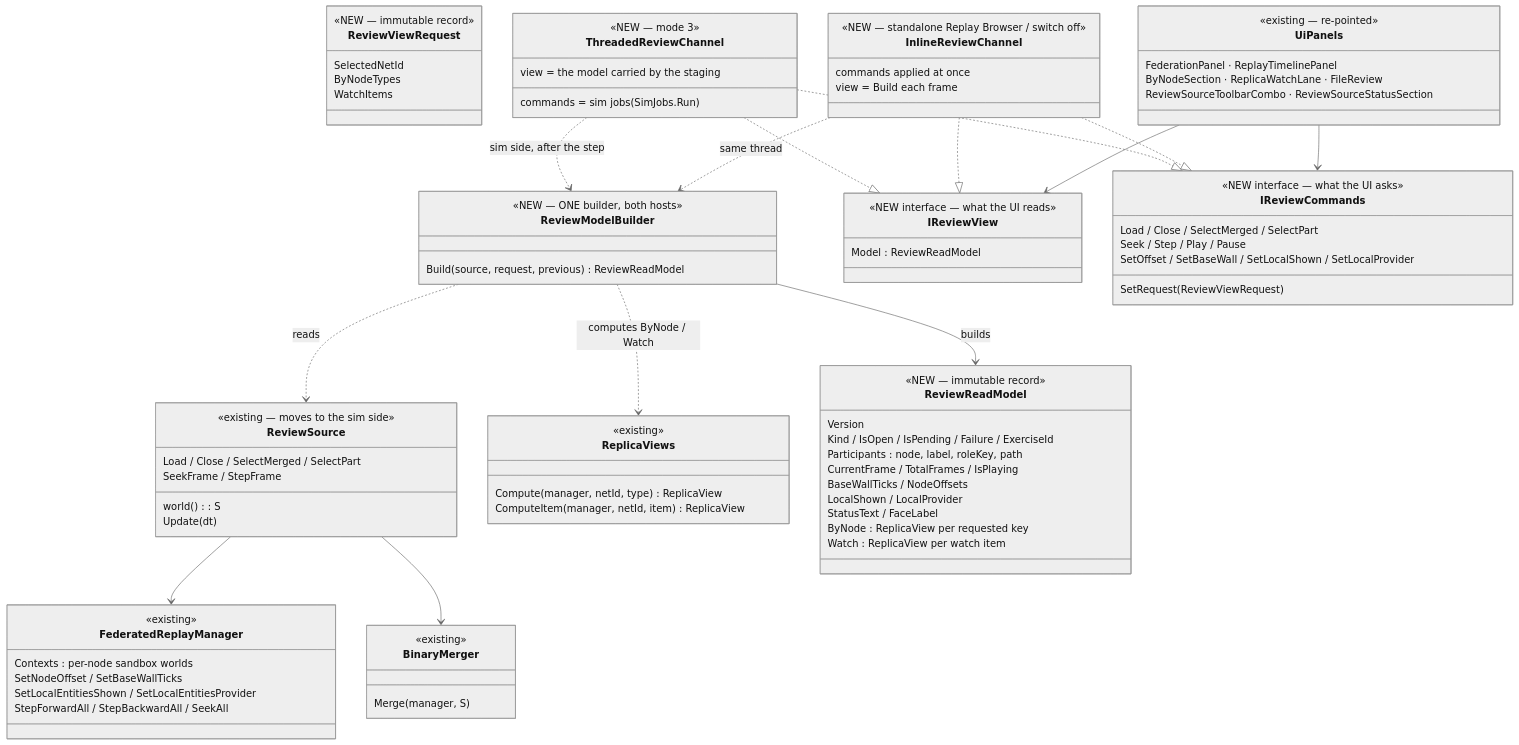
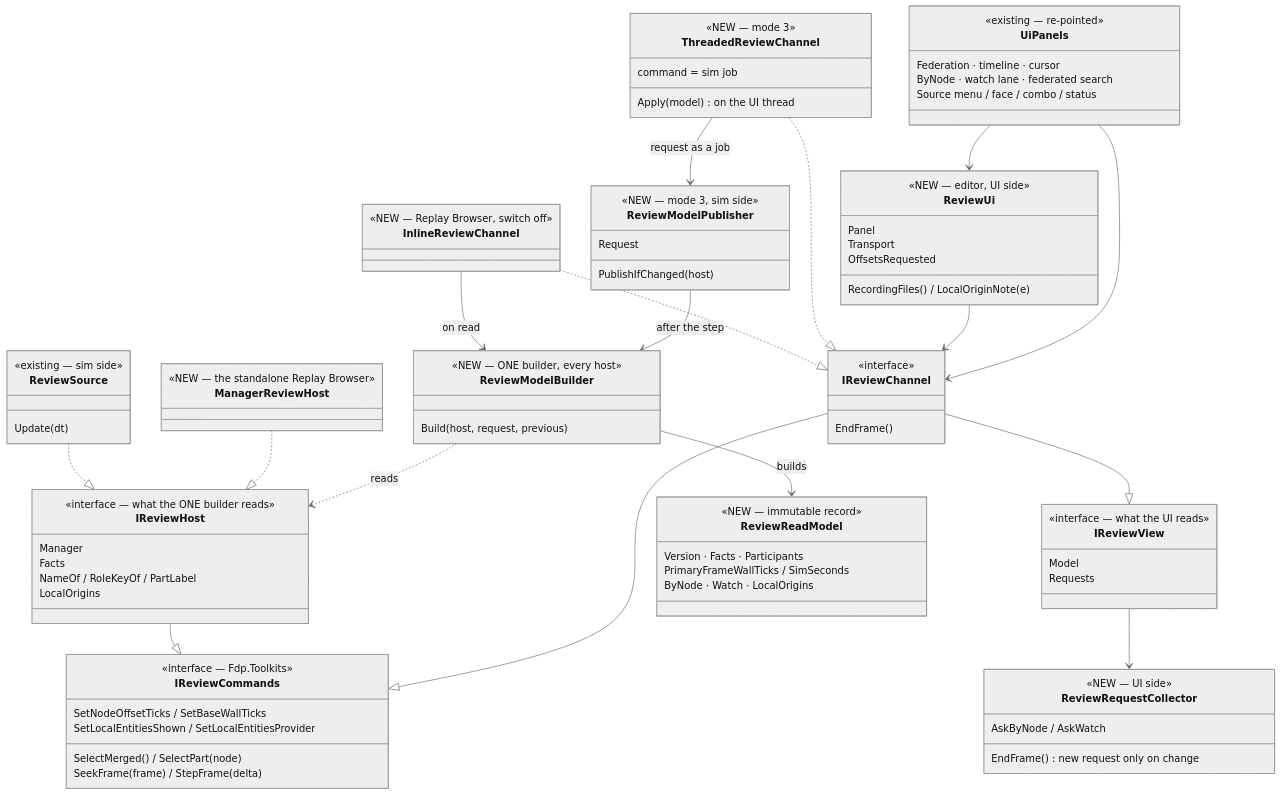
Before and after one commit to pjanec/HROT: the first of 3 diagrams in docs/DESIGN_Threaded_Review_Source.md, drawn with Mermaid (neutral theme). The commit also changed other lines of this file and 4 other files, not shown here.

First line of the commit message:
CE-4500 R-6: fold the threaded review source's as-built into its design and the neighbours

````diff
--- a/docs/DESIGN_Threaded_Review_Source.md
+++ b/docs/DESIGN_Threaded_Review_Source.md
@@ -44,88 +46,90 @@
 ```mermaid
 classDiagram
+  class IReviewCommands {
+    <<interface — Fdp.Toolkits>>
+    SelectMerged() / SelectPart(node)
+    SeekFrame(frame) / StepFrame(delta)
+    SetNodeOffsetTicks / SetBaseWallTicks
+    SetLocalEntitiesShown / SetLocalEntitiesProvider
+  }
+  class IReviewHost {
+    <<interface — what the ONE builder reads>>
+    Manager
+    Facts
+    NameOf / RoleKeyOf / PartLabel
+    LocalOrigins
+  }
+  class IReviewView {
+    <<interface — what the UI reads>>
+    Model
+    Requests
+  }
+  class IReviewChannel {
+    <<interface>>
+    EndFrame()
+  }
   class ReviewSource {
-    <<existing — moves to the sim side>>
-    world() : S
+    <<existing — sim side>>
     Update(dt)
-    Load / Close / SelectMerged / SelectPart
-    SeekFrame / StepFrame
   }
-  class FederatedReplayManager {
-    <<existing>>
-    Contexts : per-node sandbox worlds
-    SetNodeOffset / SetBaseWallTicks
-    SetLocalEntitiesShown / SetLocalEntitiesProvider
-    StepForwardAll / StepBackwardAll / SeekAll
+  class ManagerReviewHost {
+    <<NEW — the standalone Replay Browser>>
   }
-  class BinaryMerger {
-    <<existing>>
-    Merge(manager, S)
-  }
-  class ReplicaViews {
-    <<existing>>
-    Compute(manager, netId, type) ReplicaView
-    ComputeItem(manager, netId, item) ReplicaView
+  class ReviewModelBuilder {
+    <<NEW — ONE builder, every host>>
+    Build(host, request, previous)
   }
   class ReviewReadModel {
     <<NEW — immutable record>>
-    Version
-    Kind / IsOpen / IsPending / Failure / ExerciseId
-    Participants : node, label, roleKey, path
-    CurrentFrame / TotalFrames / IsPlaying
-    BaseWallTicks / NodeOffsets
-    LocalShown / LocalProvider
-    StatusText / FaceLabel
-    ByNode : ReplicaView per requested key
-    Watch : ReplicaView per watch item
+    Version · Facts · Participants
+    PrimaryFrameWallTicks / SimSeconds
+    ByNode · Watch · LocalOrigins
   }
-  class ReviewViewRequest {
-    <<NEW — immutable record>>
-    SelectedNetId
-    ByNodeTypes
-    WatchItems
+  class ReviewRequestCollector {
+    <<NEW — UI side>>
+    AskByNode / AskWatch
+    EndFrame() new request only on change
   }
-  class ReviewModelBuilder {
-    <<NEW — ONE builder, both hosts>>
-    Build(source, request, previous) ReviewReadModel
-  }
-  class IReviewView {
-    <<NEW interface — what the UI reads>>
-    Model : ReviewReadModel
-  }
-  class IReviewCommands {
-    <<NEW interface — what the UI asks>>
-    Load / Close / SelectMerged / SelectPart
-    Seek / Step / Play / Pause
-    SetOffset / SetBaseWall / SetLocalShown / SetLocalProvider
-    SetRequest(ReviewViewRequest)
+  class InlineReviewChannel {
+    <<NEW — Replay Browser, switch off>>
   }
   class ThreadedReviewChannel {
     <<NEW — mode 3>>
-    commands = sim jobs (SimJobs.Run)
-    view = the model carried by the staging
+    command = sim job
+    Apply(model) on the UI thread
   }
-  class InlineReviewChannel {
-    <<NEW — standalone Replay Browser / switch off>>
-    commands applied at once
-    view = Build each frame
+  class ReviewModelPublisher {
+    <<NEW — mode 3, sim side>>
+    Request
+    PublishIfChanged(host)
+  }
+  class ReviewUi {
+    <<NEW — editor, UI side>>
+    Panel
+    Transport
+    RecordingFiles() / LocalOriginNote(e)
+    OffsetsRequested
   }
   class UiPanels {
     <<existing — re-pointed>>
-    FederationPanel · ReplayTimelinePanel
-    ByNodeSection · ReplicaWatchLane · FileReview
-    ReviewSourceToolbarCombo · ReviewSourceStatusSection
+    Federation · timeline · cursor
+    ByNode · watch lane · federated search
+    Source menu / face / combo / status
   }
-  ReviewSource --> FederatedReplayManager
-  ReviewSource --> BinaryMerger
-  ReviewModelBuilder ..> ReviewSource : reads
-  ReviewModelBuilder ..> ReplicaViews : computes ByNode / Watch
+  IReviewHost --|> IReviewCommands
+  IReviewChannel --|> IReviewView
+  IReviewChannel --|> IReviewCommands
+  ReviewSource ..|> IReviewHost
+  ManagerReviewHost ..|> IReviewHost
+  InlineReviewChannel ..|> IReviewChannel
+  ThreadedReviewChannel ..|> IReviewChannel
+  ReviewModelBuilder ..> IReviewHost : reads
   ReviewModelBuilder --> ReviewReadModel : builds
-  ThreadedReviewChannel ..|> IReviewView
-  ThreadedReviewChannel ..|> IReviewCommands
-  InlineReviewChannel ..|> IReviewView
-  InlineReviewChannel ..|> IReviewCommands
-  ThreadedReviewChannel ..> ReviewModelBuilder : sim side, after the step
-  InlineReviewChannel ..> ReviewModelBuilder : same thread
-  UiPanels --> IReviewView
-  UiPanels --> IReviewCommands
+  InlineReviewChannel --> ReviewModelBuilder : on read
+  ReviewModelPublisher --> ReviewModelBuilder : after the step
+  ThreadedReviewChannel --> ReviewModelPublisher : request as a job
+  IReviewView --> ReviewRequestCollector
+  ReviewUi --> IReviewChannel
+  UiPanels --> IReviewChannel
+  UiPanels --> ReviewUi
 ```
````
